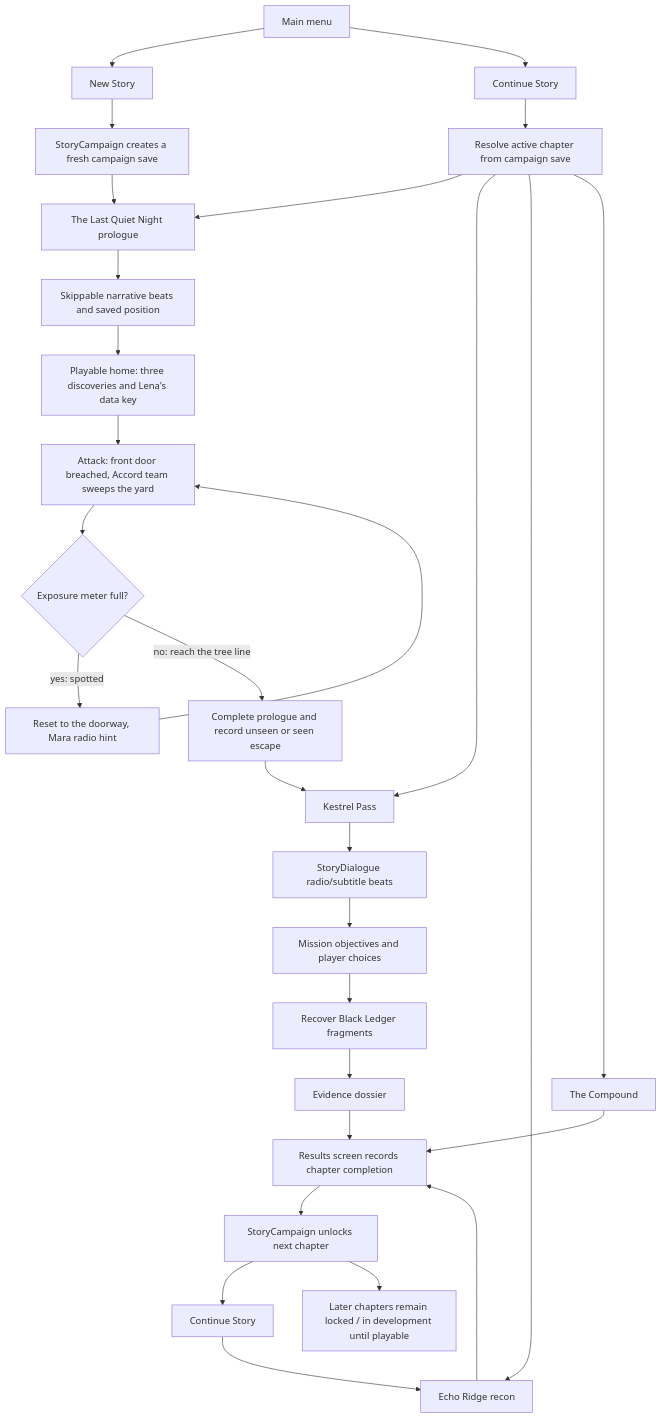
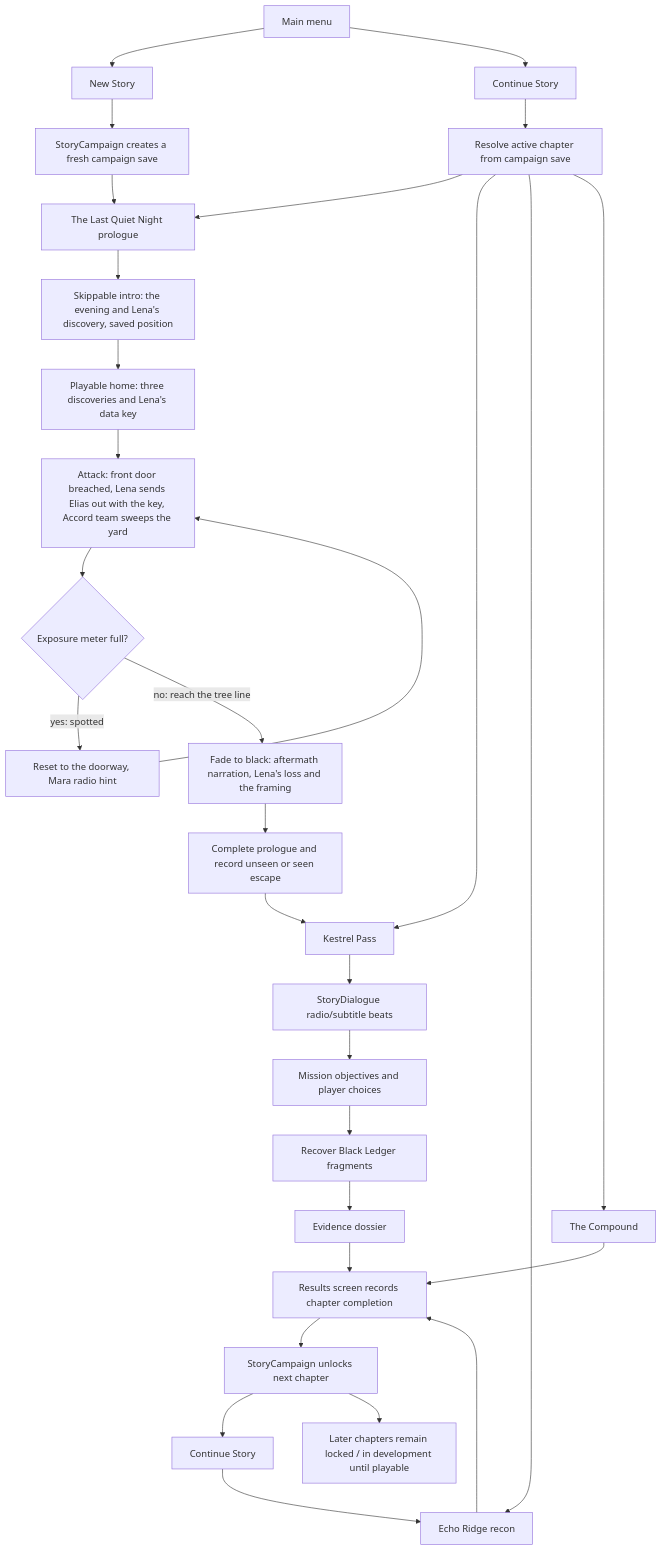
The seventh of 7 diagrams in docs/GAME-FLOW.md (adam656677-oss/sniper), drawn with Mermaid before and after one commit. The commit also changed other lines of this file and 3 other files, not shown here.

First line of the commit message:
docs: record the prologue aftermath and reactive Kestrel briefing

````diff
--- a/docs/GAME-FLOW.md
+++ b/docs/GAME-FLOW.md
@@ -275,31 +275,32 @@
 ```mermaid
 flowchart TD
     MENU[Main menu] --> NEW[New Story]
     MENU --> CONTINUE[Continue Story]
     NEW --> RESET[StoryCampaign creates a fresh campaign save]
     RESET --> PROLOGUE[The Last Quiet Night prologue]
     CONTINUE --> ROUTE[Resolve active chapter from campaign save]
     ROUTE --> PROLOGUE
     ROUTE --> KESTREL[Kestrel Pass]
     ROUTE --> ECHO[Echo Ridge recon]
     ROUTE --> COMPOUND[The Compound]
-    PROLOGUE --> BEATS[Skippable narrative beats and saved position]
+    PROLOGUE --> BEATS[Skippable intro: the evening and Lena's discovery, saved position]
     BEATS --> HOME[Playable home: three discoveries and Lena's data key]
-    HOME --> BREACH[Attack: front door breached, Accord team sweeps the yard]
+    HOME --> BREACH[Attack: front door breached, Lena sends Elias out with the key, Accord team sweeps the yard]
     BREACH --> SWEEP{Exposure meter full?}
     SWEEP -->|yes: spotted| DOORWAY[Reset to the doorway, Mara radio hint]
     DOORWAY --> BREACH
-    SWEEP -->|no: reach the tree line| COMPLETE_PROLOGUE[Complete prologue and record unseen or seen escape]
+    SWEEP -->|no: reach the tree line| AFTERMATH[Fade to black: aftermath narration, Lena's loss and the framing]
+    AFTERMATH --> COMPLETE_PROLOGUE[Complete prologue and record unseen or seen escape]
     COMPLETE_PROLOGUE --> KESTREL
     KESTREL --> RADIO[StoryDialogue radio/subtitle beats]
     RADIO --> OBJECTIVES[Mission objectives and player choices]
     OBJECTIVES --> EVIDENCE[Recover Black Ledger fragments]
     EVIDENCE --> DOSSIER[Evidence dossier]
     DOSSIER --> RESULT[Results screen records chapter completion]
     RESULT --> UNLOCK[StoryCampaign unlocks next chapter]
     UNLOCK --> CONTINUE_RESULT[Continue Story]
     CONTINUE_RESULT --> ECHO
     ECHO --> RESULT
     COMPOUND --> RESULT
     UNLOCK --> FUTURE[Later chapters remain locked / in development until playable]
 ```
````
